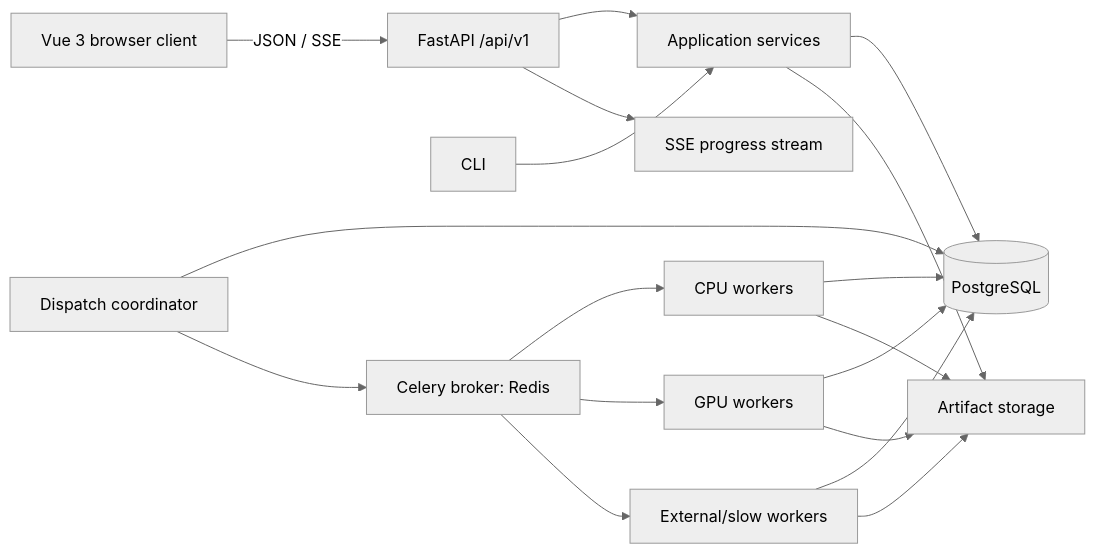
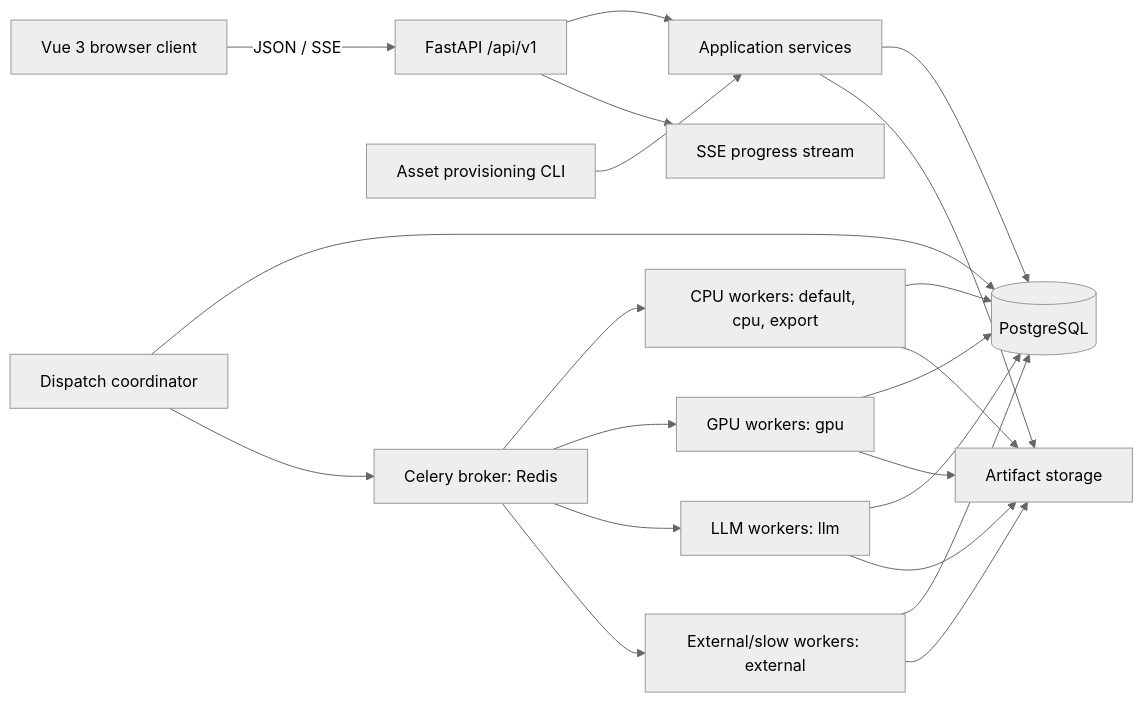
Before and after one commit to telota/gendertagger: the diagram in docs/01-architecture.md, drawn with Mermaid (neutral theme). The commit also changed other lines of this file and 56 other files, not shown here.

````diff
--- a/docs/01-architecture.md
+++ b/docs/01-architecture.md
@@ -19,20 +19,23 @@
 ```mermaid
 flowchart LR
     UI[Vue 3 browser client] -->|JSON / SSE| API[FastAPI /api/v1]
-    CLI[CLI] --> SVC[Application services]
+    CLI[Asset provisioning CLI] --> SVC[Application services]
     API --> SVC
     SVC --> DB[(PostgreSQL)]
     SVC --> STORE[Artifact storage]
     DISPATCH[Dispatch coordinator] --> DB
     DISPATCH --> Q[Celery broker: Redis]
-    Q --> CPU[CPU workers]
-    Q --> GPU[GPU workers]
-    Q --> EXT[External/slow workers]
+    Q --> CPU["CPU workers: default, cpu, export"]
+    Q --> GPU["GPU workers: gpu"]
+    Q --> LLM["LLM workers: llm"]
+    Q --> EXT["External/slow workers: external"]
     CPU --> DB
     GPU --> DB
+    LLM --> DB
     EXT --> DB
     CPU --> STORE
     GPU --> STORE
+    LLM --> STORE
     EXT --> STORE
     API --> SSE[SSE progress stream]
 ```
````
